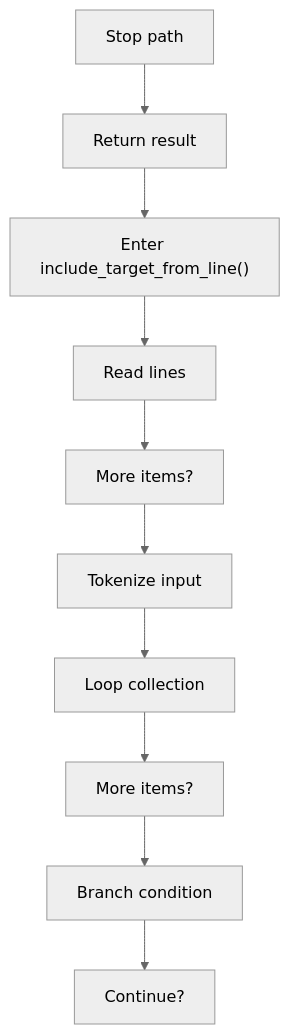
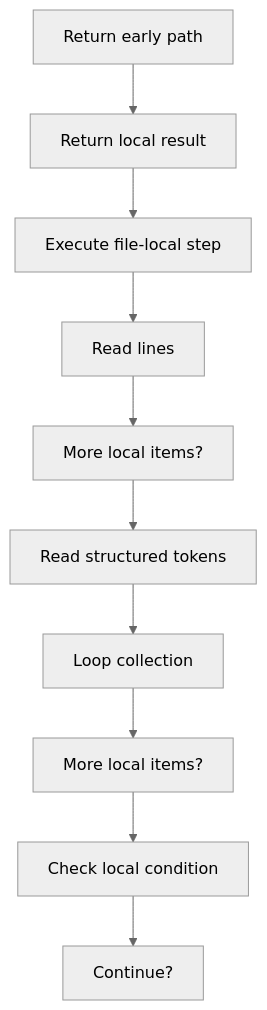
The fifth of 6 diagrams in docs/Codebase/Microservice/Modules/Source/Trees/ClassGeneration/Actual/Internal/Line/Flow/line_program_flow.cpp.md (JohnAndrewBalbarosa/NeoTerritory), drawn with Mermaid (neutral theme) before and after one commit. The commit also changed other lines of this file and 925 other files, not shown here.

````diff
--- a/docs/Codebase/Microservice/Modules/Source/Trees/ClassGeneration/Actual/Internal/Line/Flow/line_program_flow.cpp.md
+++ b/docs/Codebase/Microservice/Modules/Source/Trees/ClassGeneration/Actual/Internal/Line/Flow/line_program_flow.cpp.md
@@ -119,22 +119,22 @@
 ```mermaid
 flowchart TD
-    N0["Stop path"]
-    N1["Return result"]
-    N2["Enter include_target_from_line()"]
+    N0["Return early path"]
+    N1["Return local result"]
+    N2["Execute file-local step"]
     N3["Read lines"]
-    N4["More items?"]
-    N5["Tokenize input"]
+    N4["More local items?"]
+    N5["Read structured tokens"]
     N6["Loop collection"]
-    N7["More items?"]
-    N8["Branch condition"]
+    N7["More local items?"]
+    N8["Check local condition"]
     N9["Continue?"]
     N0 --> N1
     N1 --> N2
     N2 --> N3
     N3 --> N4
     N4 --> N5
     N5 --> N6
     N6 --> N7
     N7 --> N8
     N8 --> N9
 ```
````
